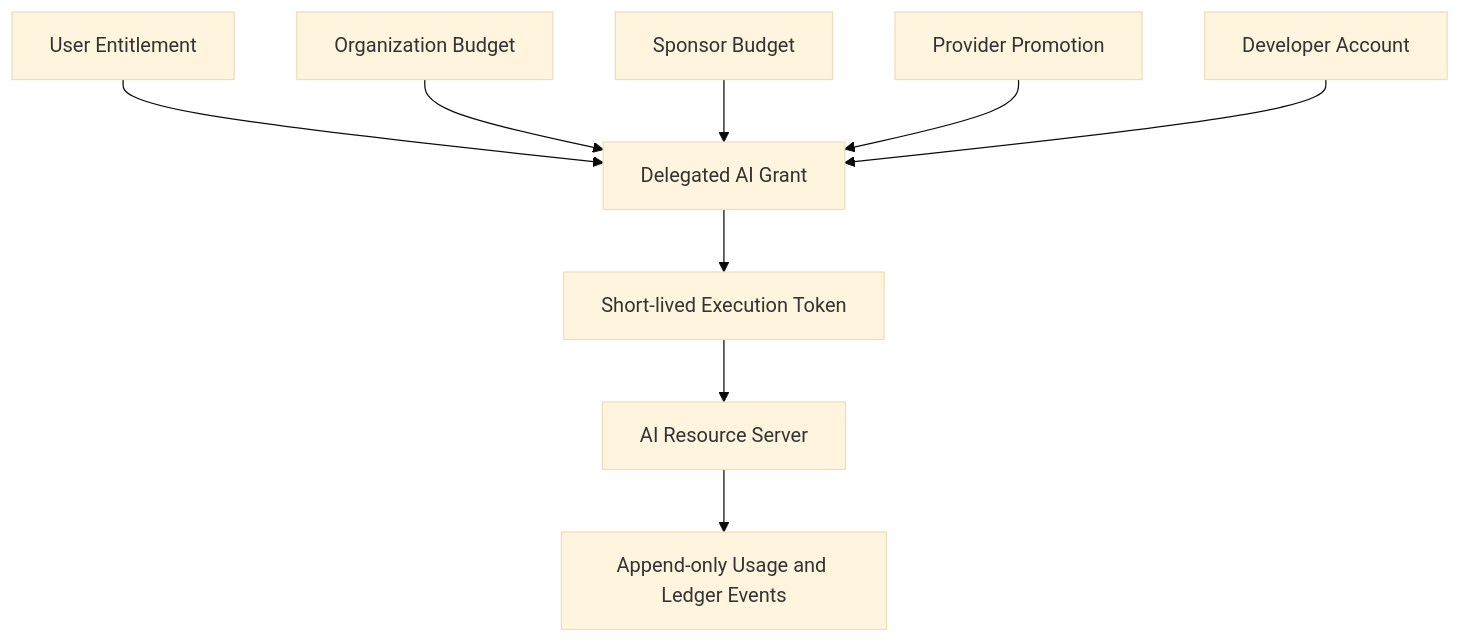
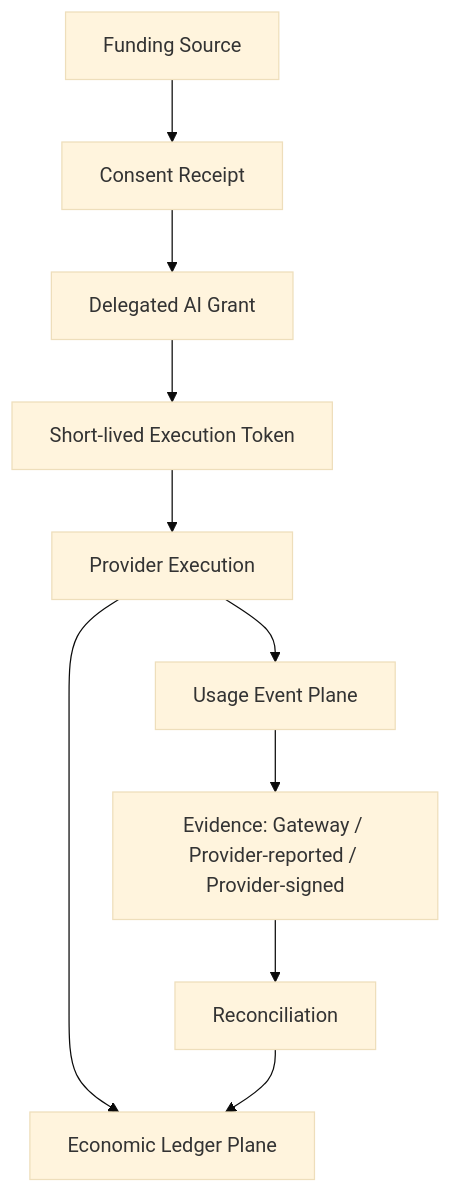
The first of 2 diagrams in README.md (MJohnstonAI/ai-billing-delegation), drawn with Mermaid (base theme) before and after one commit. The commit also changed other lines of this file, not shown here.

````diff
--- a/README.md
+++ b/README.md
@@ -88,21 +78,12 @@
 ```mermaid
 flowchart TD
-    U[User Entitlement]
-    O[Organization Budget]
-    S[Sponsor Budget]
-    P[Provider Promotion]
-    D[Developer Account]
-    G[Delegated AI Grant]
-    T[Short-lived Execution Token]
-    E[AI Resource Server]
-    A[Append-only Usage and Ledger Events]
-
-    U --> G
-    O --> G
-    S --> G
-    P --> G
-    D --> G
-    G --> T
-    T --> E
-    E --> A
+    F[Funding Source] --> C[Consent Receipt]
+    C --> G[Delegated AI Grant]
+    G --> T[Short-lived Execution Token]
+    T --> X[Provider Execution]
+    X --> U[Usage Event Plane]
+    X --> L[Economic Ledger Plane]
+    U --> E[Evidence: Gateway / Provider-reported / Provider-signed]
+    E --> R[Reconciliation]
+    R --> L
 ```
````
